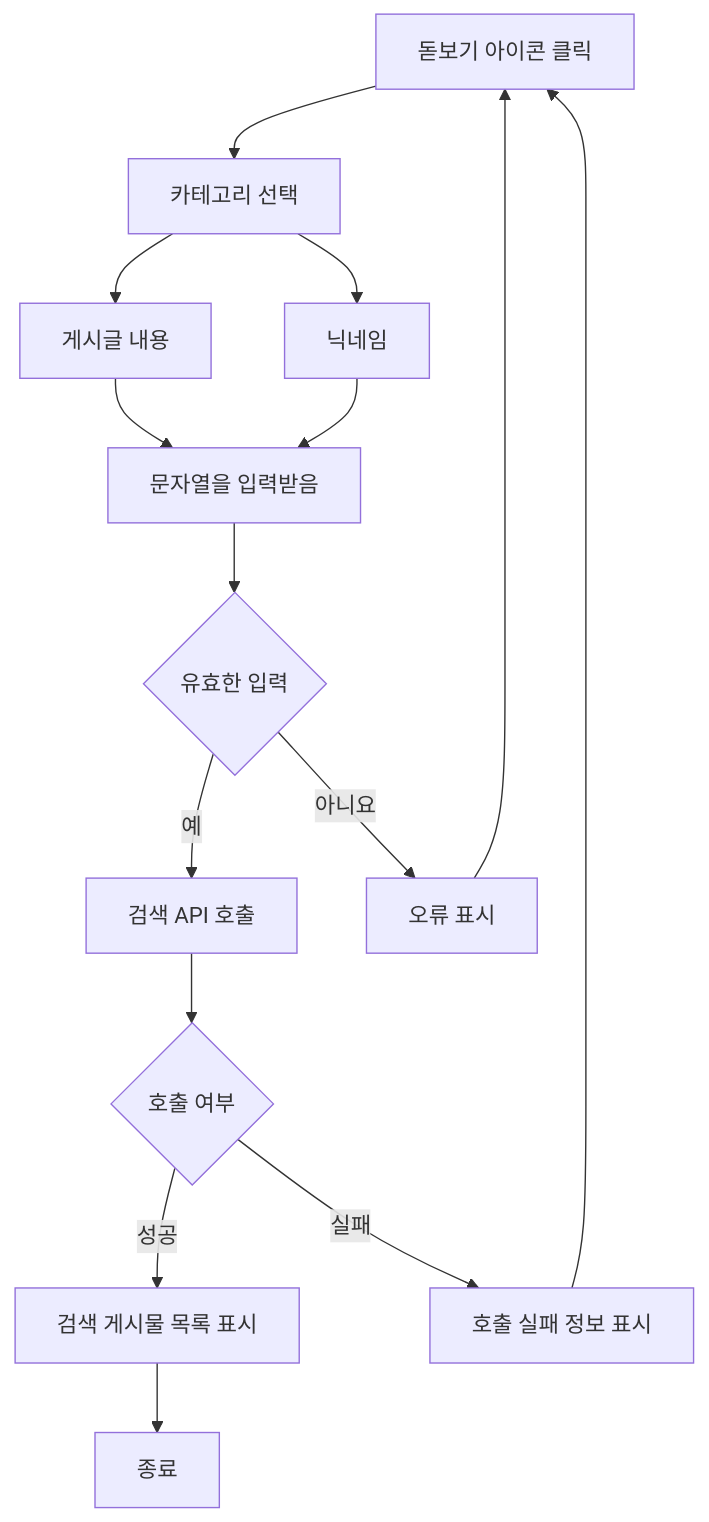
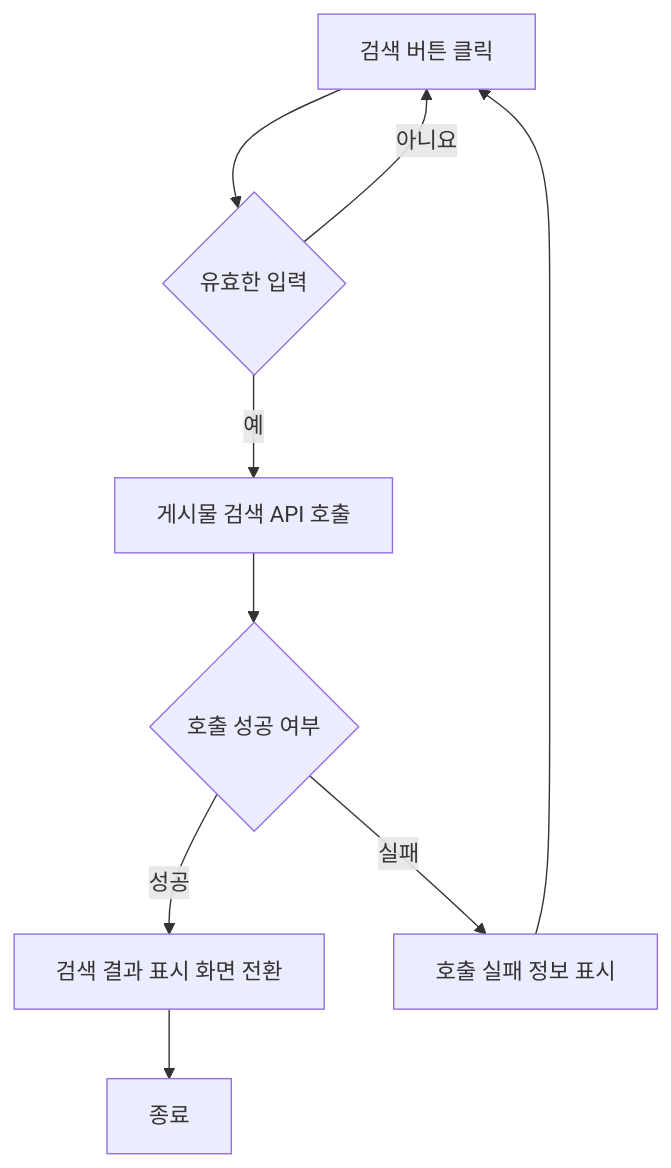
Before and after one commit to Dev-FE-2/3_swim_diary: diagram 31 of 40 in design/기능정의서.md, drawn with Mermaid. The commit also changed other lines of this file and 1 other file, not shown here.

````diff
--- a/design/기능정의서.md
+++ b/design/기능정의서.md
@@ -267,18 +720,12 @@
-```mermaid
+    ```mermaid
+    flowchart TD
 
-flowchart TD
-A[돋보기 아이콘 클릭] --> B[카테고리 선택]
-B --> C[게시글 내용]
-B--> D[닉네임]
-C --> E[문자열 입력]
-D --> E[문자열 입력]
-E[문자열을 입력받음] --> F[입력 항목 유효성 검증]
-F{유효한 입력} -- 예 --> G[검색 API 호출]
-F{유효한 입력} -- 아니요 --> H[오류 표시]
-H --> A
-G --> I{호출 여부} 
-I-- 성공 --> J[검색 게시물 목록 표시]
-I -- 실패 --> L[호출 실패 정보 표시]
-L --> A
-J --> Z[종료]
-```
+    A[검색 버튼 클릭] --> B{유효한 입력}
+    B -- 예 --> C
+    B -- 아니요 -->A
+    C[게시물 검색 API 호출] --> D{호출 성공 여부}
+    D -- 성공 --> E[검색 결과 표시 화면 전환]
+    D -- 실패 -->F[호출 실패 정보 표시]
+    F --> A
+    E --> Z[종료]
+    ```
````
